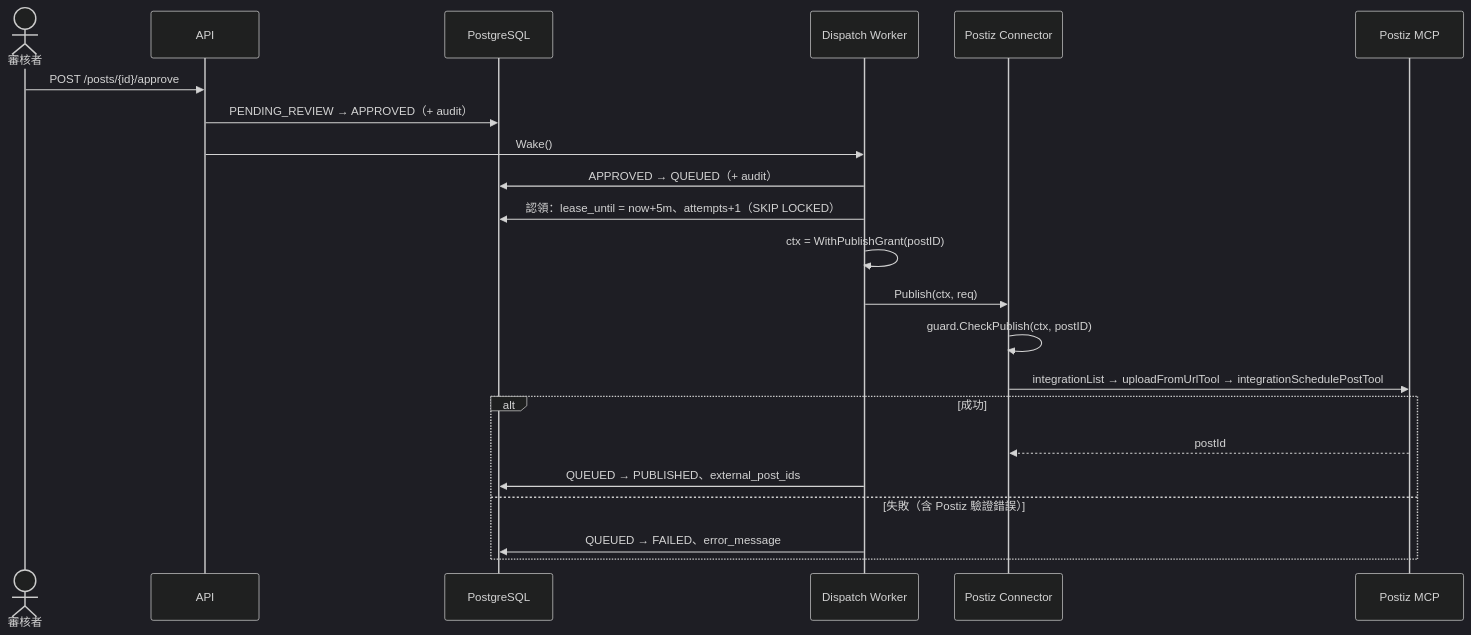
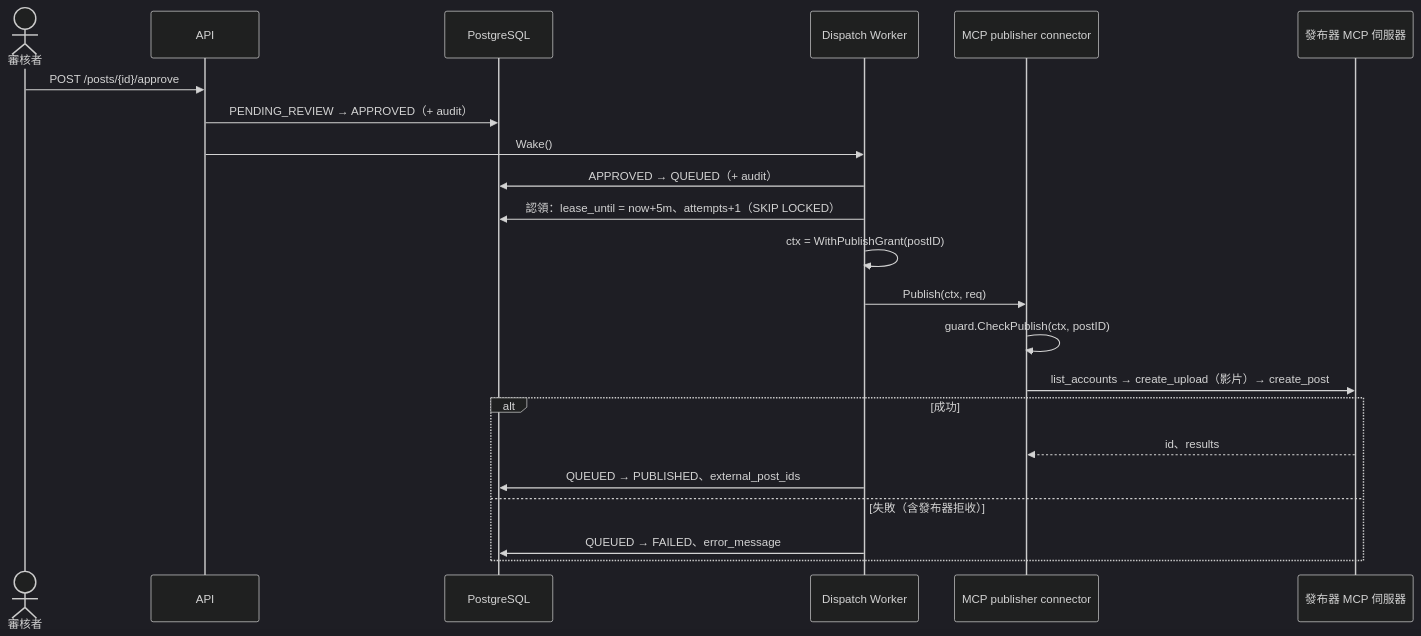
Before and after one commit to j75689/cueflow: the fifth of 6 diagrams in docs/zh-TW/architecture.md, drawn with Mermaid (dark theme). The commit also changed other lines of this file and 40 other files, not shown here.

First line of the commit message:
feat!: drop Postiz and ship a mock publisher for the MCP publisher contract (#7)

````diff
--- a/docs/zh-TW/architecture.md
+++ b/docs/zh-TW/architecture.md
@@ -253,25 +253,25 @@
 ```mermaid
 sequenceDiagram
     actor R as 審核者
     participant API
     participant DB as PostgreSQL
     participant W as Dispatch Worker
-    participant P as Postiz Connector
-    participant Z as Postiz MCP
+    participant P as MCP publisher connector
+    participant Z as 發布器 MCP 伺服器
 
     R->>API: POST /posts/{id}/approve
     API->>DB: PENDING_REVIEW → APPROVED（+ audit）
     API->>W: Wake()
     W->>DB: APPROVED → QUEUED（+ audit）
     W->>DB: 認領：lease_until = now+5m、attempts+1（SKIP LOCKED）
     W->>W: ctx = WithPublishGrant(postID)
     W->>P: Publish(ctx, req)
     P->>P: guard.CheckPublish(ctx, postID)
-    P->>Z: integrationList → uploadFromUrlTool → integrationSchedulePostTool
+    P->>Z: list_accounts → create_upload（影片）→ create_post
     alt 成功
-        Z-->>P: postId
+        Z-->>P: id、results
         W->>DB: QUEUED → PUBLISHED、external_post_ids
-    else 失敗（含 Postiz 驗證錯誤）
+    else 失敗（含發布器拒收）
         W->>DB: QUEUED → FAILED、error_message
     end
 ```
````
